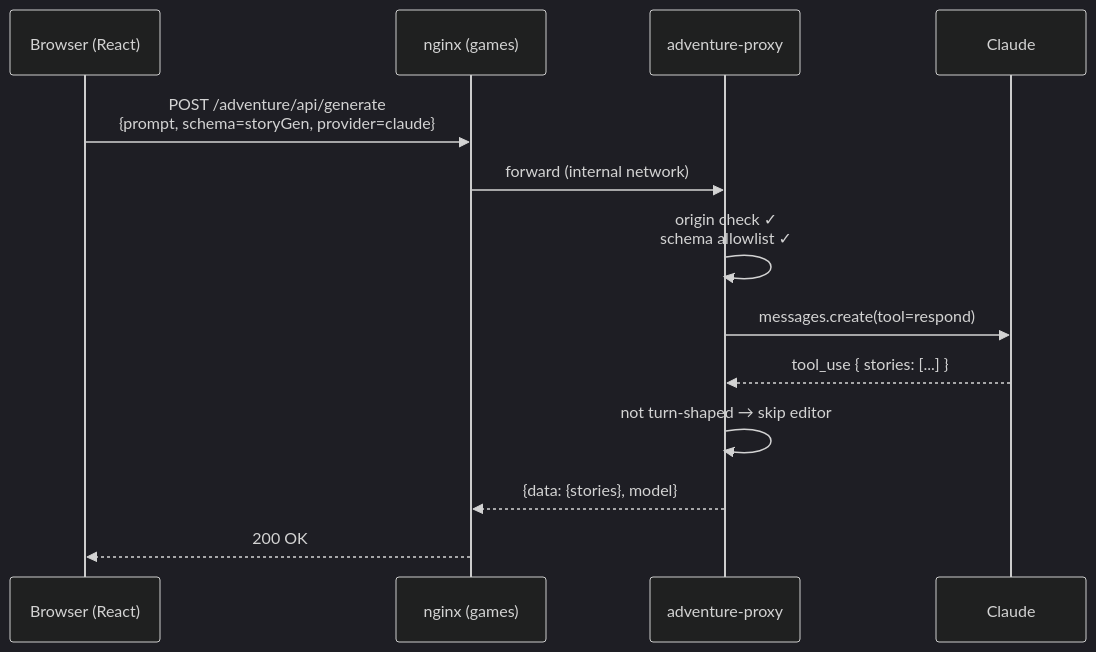
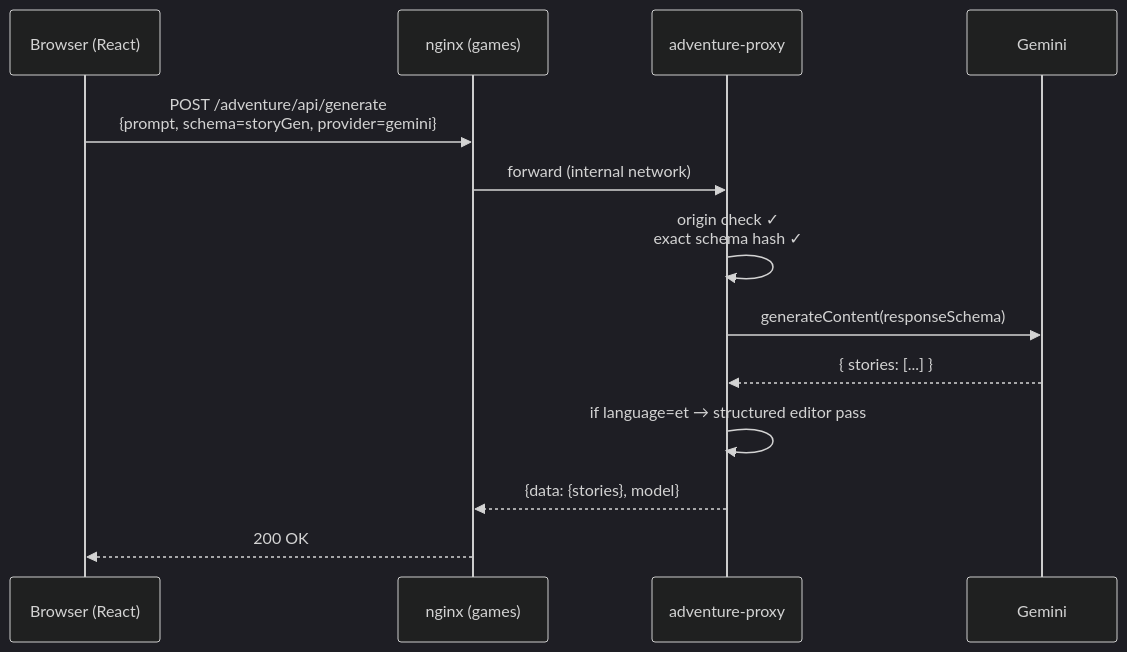
Before and after one commit to khelias/ai-adventure-engine: the third of 7 diagrams in docs/ARCHITECTURE.md, drawn with Mermaid (dark theme). The commit also changed other lines of this file and 17 other files, not shown here.

````diff
--- a/docs/ARCHITECTURE.md
+++ b/docs/ARCHITECTURE.md
@@ -72,16 +72,16 @@
 ```mermaid
 sequenceDiagram
     participant UI as Browser (React)
     participant N as nginx (games)
     participant P as adventure-proxy
-    participant C as Claude
+    participant G as Gemini
 
-    UI->>N: POST /adventure/api/generate<br/>{prompt, schema=storyGen, provider=claude}
+    UI->>N: POST /adventure/api/generate<br/>{prompt, schema=storyGen, provider=gemini}
     N->>P: forward (internal network)
-    P->>P: origin check ✓<br/>schema allowlist ✓
-    P->>C: messages.create(tool=respond)
-    C-->>P: tool_use { stories: [...] }
-    P->>P: not turn-shaped → skip editor
+    P->>P: origin check ✓<br/>exact schema hash ✓
+    P->>G: generateContent(responseSchema)
+    G-->>P: { stories: [...] }
+    P->>P: if language=et → structured editor pass
     P-->>N: {data: {stories}, model}
     N-->>UI: 200 OK
 ```
````
